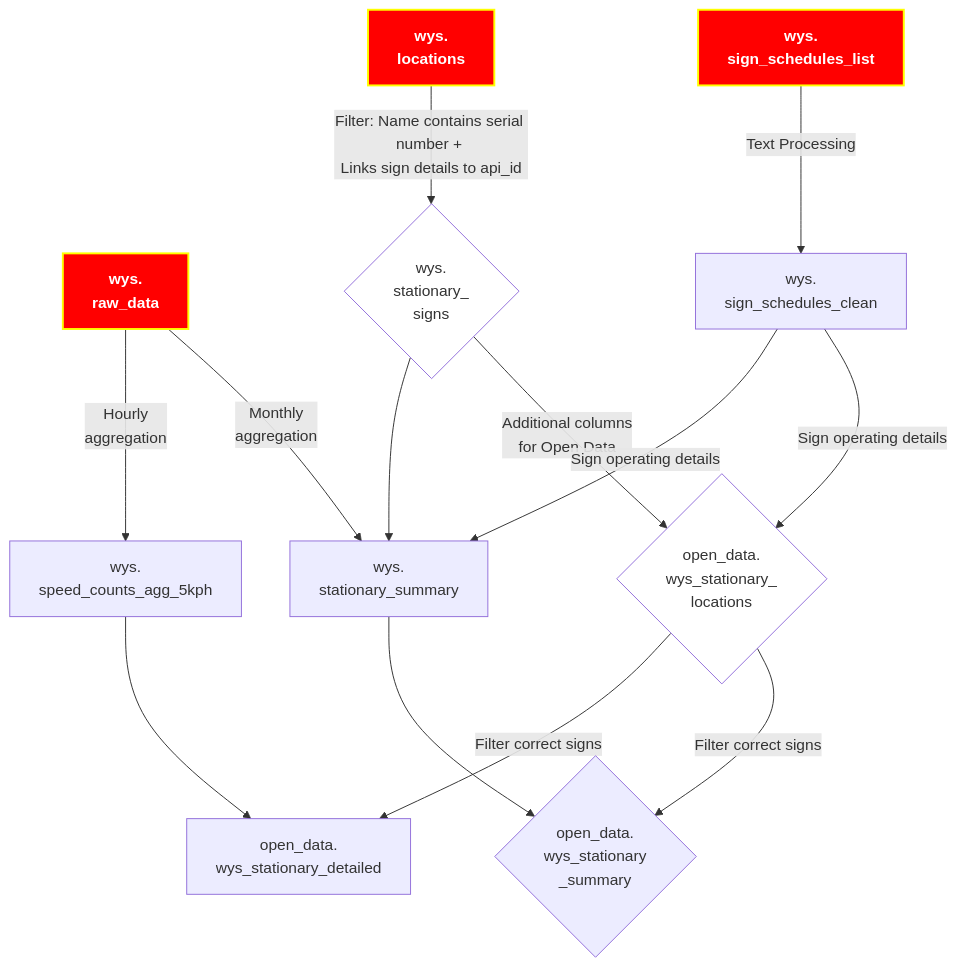
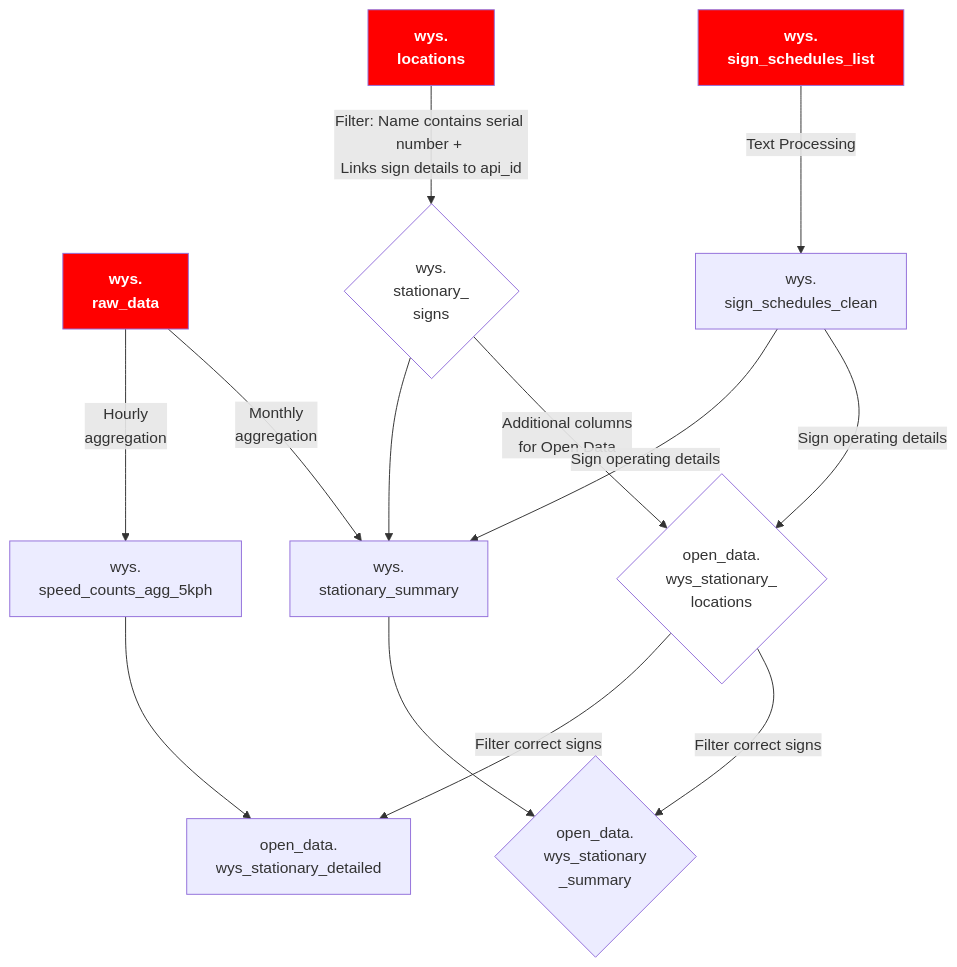
One commit to CityofToronto/bdit_data-sources changed the first of 2 diagrams in wys/api/README.md. Above: the diagram before and after it, drawn with Mermaid. The commit also changed other lines of this file, not shown here.

Commit message:
update styling of raw tables in mermaid diagrams

````diff
--- a/wys/api/README.md
+++ b/wys/api/README.md
@@ -175,27 +175,27 @@
 ```mermaid
 flowchart TD
 classDef MatView fill:white
-classDef Raw fill:#f00,color:white,font-weight:bold,stroke-width:2px,stroke:yellow
+classDef Raw fill:red,color:white,font-weight:bold
 
 loc[wys.\nlocations]:::Raw
 agg[wys.\nspeed_counts_agg_5kph]
 raw[wys.\nraw_data]:::Raw
 ssl[wys.\nsign_schedules_list]:::Raw
 ssc[wys.\nsign_schedules_clean]
 sta_signs{wys.\nstationary_\nsigns}:::MatView
 sta_summ[wys.\nstationary_summary]
 od_det[open_data.\nwys_stationary_detailed]
 od_summ{open_data.\nwys_stationary\n_summary}
 od_loc{open_data.\nwys_stationary_\nlocations}:::MatView
 
 raw --> |Monthly\naggregation|sta_summ
 raw --> |Hourly\naggregation| agg
 ssl --> |Text Processing| ssc
 loc --> |Filter: Name contains serial number + \nLinks sign details to api_id| sta_signs --> |Additional columns\nfor Open Data|od_loc
 ssc --> |Sign operating details|od_loc
 agg --> od_det 
 ssc --> |Sign operating details|sta_summ --> od_summ
 sta_signs --> sta_summ
 od_loc --> |Filter correct signs|od_summ
 od_loc --> |Filter correct signs|od_det
 ```
````
